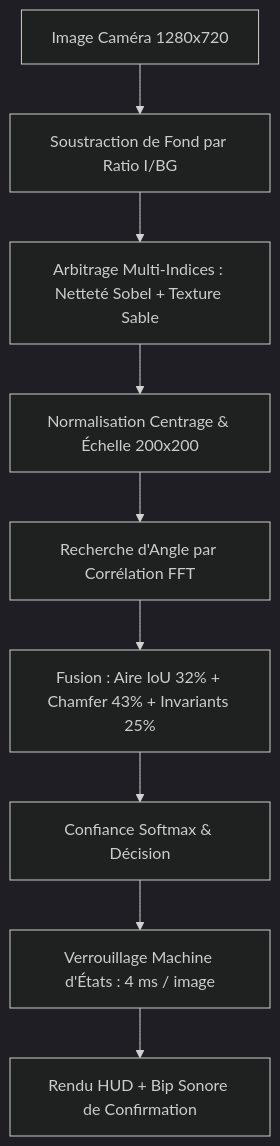
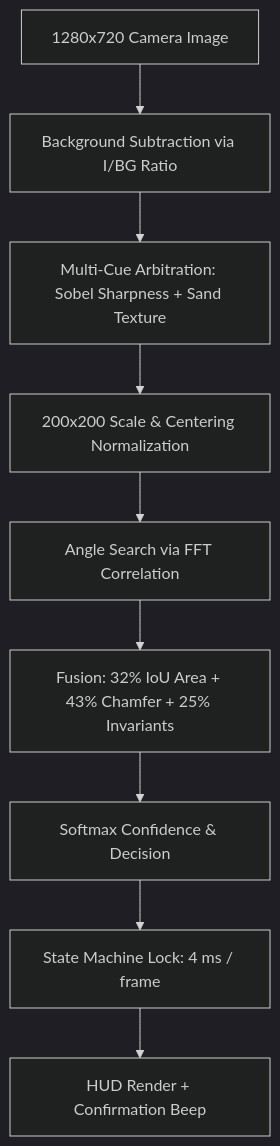
Before and after one commit to yassinechouk/NRW_Makeathon: the diagram in README.md, drawn with Mermaid (dark theme). The commit also changed other lines of this file and 5 other files, not shown here.

````diff
--- a/README.md
+++ b/README.md
@@ -42,11 +42,11 @@
 ```mermaid
 flowchart TD
-    A[Image Caméra 1280x720] --> B[Soustraction de Fond par Ratio I/BG]
-    B --> C[Arbitrage Multi-Indices : Netteté Sobel + Texture Sable]
-    C --> D[Normalisation Centrage & Échelle 200x200]
-    D --> E[Recherche d'Angle par Corrélation FFT]
-    E --> F[Fusion : Aire IoU 32% + Chamfer 43% + Invariants 25%]
-    F --> G[Confiance Softmax & Décision]
-    G --> H[Verrouillage Machine d'États : 4 ms / image]
-    H --> I[Rendu HUD + Bip Sonore de Confirmation]
+    A[1280x720 Camera Image] --> B[Background Subtraction via I/BG Ratio]
+    B --> C[Multi-Cue Arbitration: Sobel Sharpness + Sand Texture]
+    C --> D[200x200 Scale & Centering Normalization]
+    D --> E[Angle Search via FFT Correlation]
+    E --> F[Fusion: 32% IoU Area + 43% Chamfer + 25% Invariants]
+    F --> G[Softmax Confidence & Decision]
+    G --> H[State Machine Lock: 4 ms / frame]
+    H --> I[HUD Render + Confirmation Beep]
 ```
````
